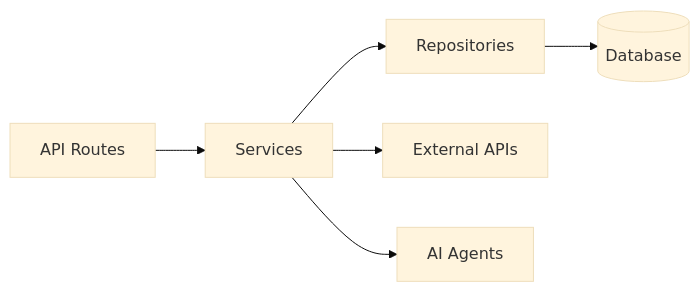
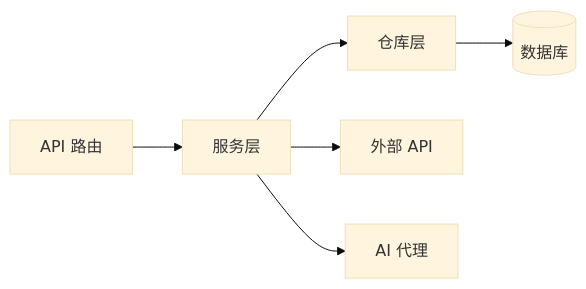
The second of 3 diagrams in README.md (RaykieLee/framework-agent-python), drawn with Mermaid (base theme) before and after one commit. The commit also changed other lines of this file and 76 other files, not shown here.

````diff
--- a/README.md
+++ b/README.md
@@ -869,9 +783,9 @@
 ```mermaid
 graph LR
-    A[API Routes] --> B[Services]
-    B --> C[Repositories]
-    C --> D[(Database)]
+    A[API 路由] --> B[服务层]
+    B --> C[仓库层]
+    C --> D[(数据库)]
 
-    B --> E[External APIs]
-    B --> F[AI Agents]
+    B --> E[外部 API]
+    B --> F[AI 代理]
 ```
````
